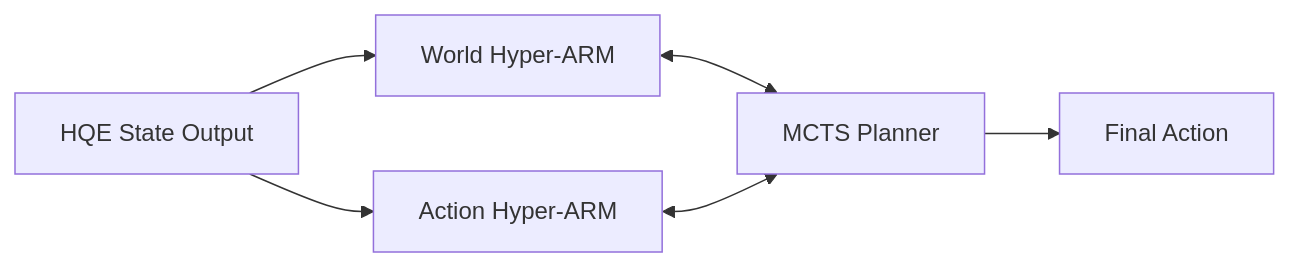
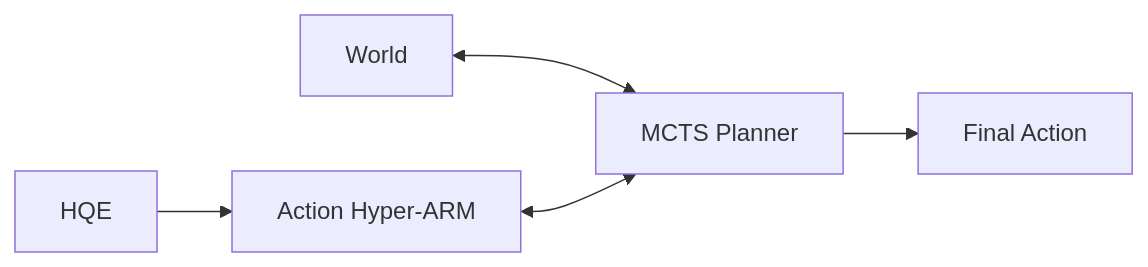
Before and after one commit to streamlineddesigns/Hyper-ARM-Hypernetwork-Associative-Recall-Memory: the diagram in README.md, drawn with Mermaid.

````diff
--- a/README.md
+++ b/README.md
@@ -44,8 +44,7 @@
 ```mermaid
 flowchart LR
-    HQE["HQE State Output"] --> World["World Hyper-ARM"]
     HQE --> Action["Action Hyper-ARM"]
     World <--> MCTS["MCTS Planner"]
     Action <--> MCTS
     MCTS --> Output["Final Action"]
 ```
````
